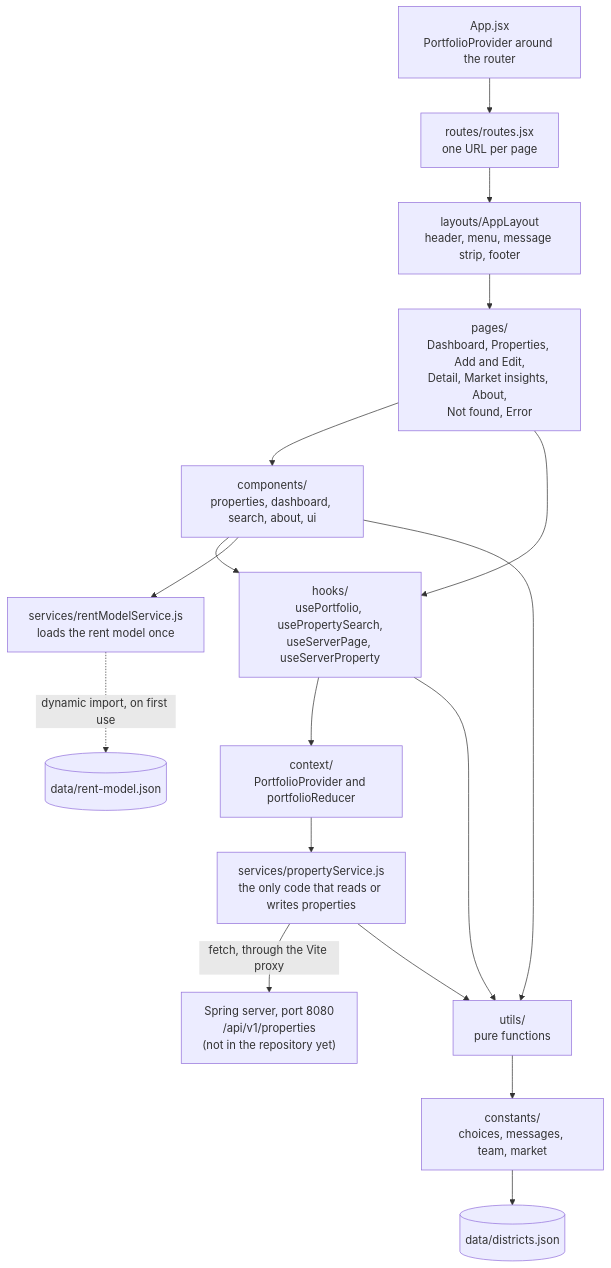
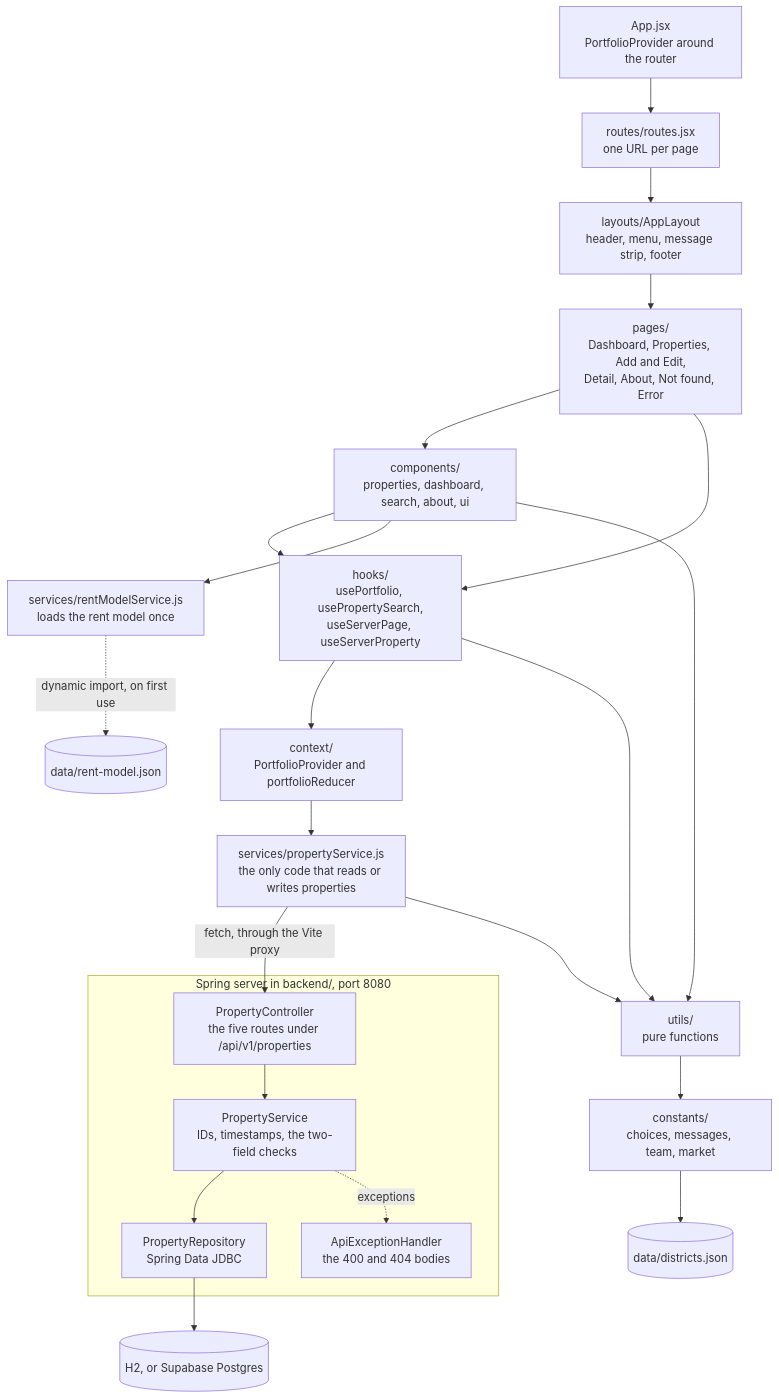
The diagram in docs/architecture.md (alm7zm/DarScope), drawn with Mermaid before and after one commit. The commit also changed other lines of this file and 34 other files, not shown here.

First line of the commit message:
Update test report and remove MarketInsightsPage

````diff
--- a/docs/architecture.md
+++ b/docs/architecture.md
@@ -24,32 +26,40 @@
 ```mermaid
 flowchart TD
     App["App.jsx<br/>PortfolioProvider around the router"]
     Routes["routes/routes.jsx<br/>one URL per page"]
     Layout["layouts/AppLayout<br/>header, menu, message strip, footer"]
-    Pages["pages/<br/>Dashboard, Properties, Add and Edit,<br/>Detail, Market insights, About,<br/>Not found, Error"]
+    Pages["pages/<br/>Dashboard, Properties, Add and Edit,<br/>Detail, About, Not found, Error"]
     Components["components/<br/>properties, dashboard, search, about, ui"]
     Hooks["hooks/<br/>usePortfolio, usePropertySearch,<br/>useServerPage, useServerProperty"]
     State["context/<br/>PortfolioProvider and portfolioReducer"]
     Service["services/propertyService.js<br/>the only code that reads or writes properties"]
     RentService["services/rentModelService.js<br/>loads the rent model once"]
     Utils["utils/<br/>pure functions"]
     Constants["constants/<br/>choices, messages, team, market"]
     Weights[("data/rent-model.json")]
     Districts[("data/districts.json")]
-    Server["Spring server, port 8080<br/>/api/v1/properties<br/>(not in the repository yet)"]
+    subgraph Server["Spring server in backend/, port 8080"]
+        Controller["PropertyController<br/>the five routes under /api/v1/properties"]
+        Rules["PropertyService<br/>IDs, timestamps, the two-field checks"]
+        Repo["PropertyRepository<br/>Spring Data JDBC"]
+        Handler["ApiExceptionHandler<br/>the 400 and 404 bodies"]
+    end
+    DB[("H2, or Supabase Postgres")]
 
     App --> Routes --> Layout --> Pages
     Pages --> Components
     Pages --> Hooks
     Components --> Hooks
     Hooks --> State
     State --> Service
-    Service -->|fetch, through the Vite proxy| Server
+    Service -->|fetch, through the Vite proxy| Controller
+    Controller --> Rules --> Repo --> DB
+    Rules -.->|exceptions| Handler
     Components --> RentService
     RentService -.->|dynamic import, on first use| Weights
     Service --> Utils
     Components --> Utils
     Hooks --> Utils
     Utils --> Constants
     Constants --> Districts
 ```
````
